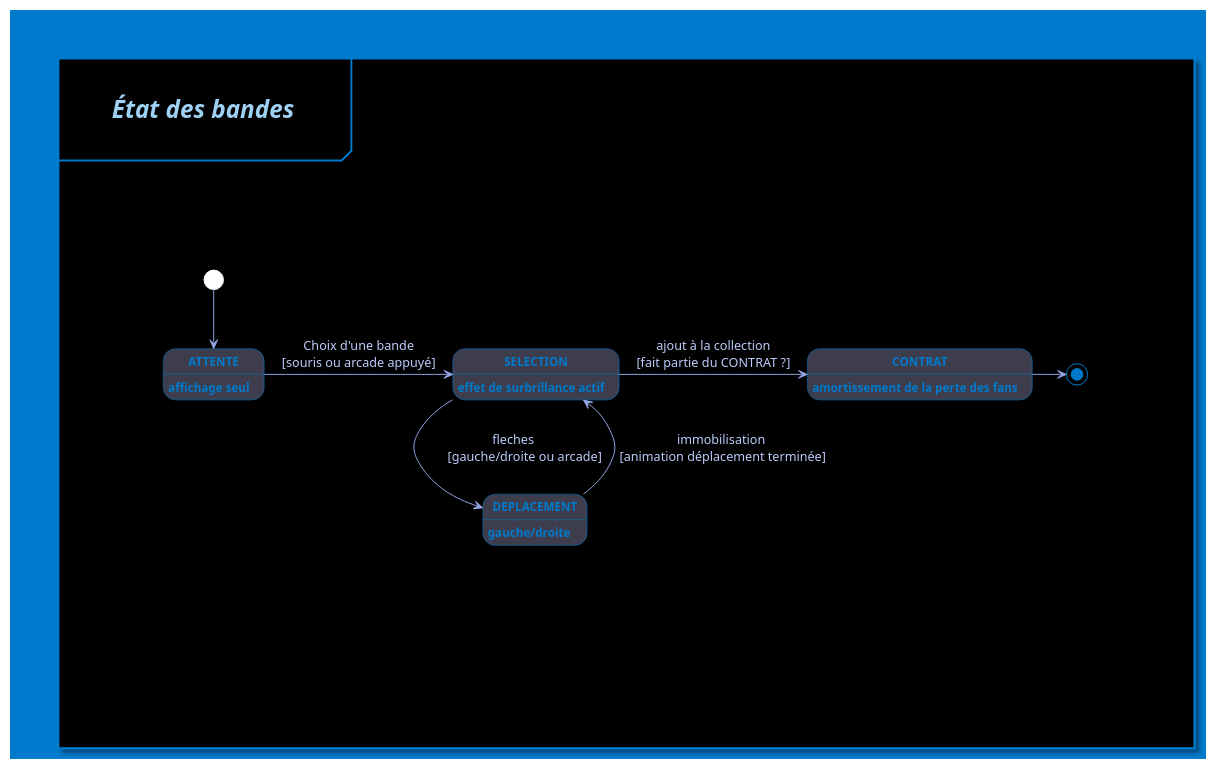
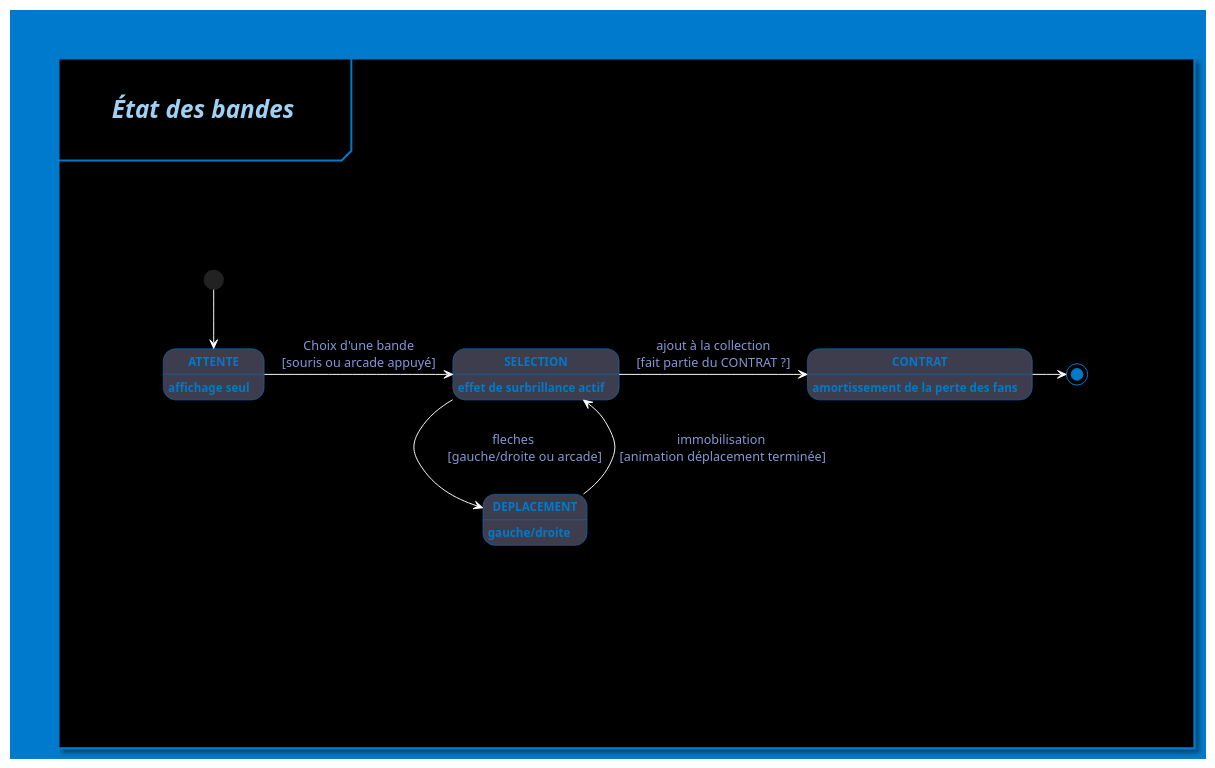
One commit to MaiveCL/Projet_session_JV changed the diagram in docs/uml/puml/BandesStateDiagram.puml. Above: the diagram before and after it, drawn with PlantUML.

Commit message:
test plant uml automatisation pour la 112e fois

```diff
--- a/docs/uml/puml/BandesStateDiagram.puml
+++ b/docs/uml/puml/BandesStateDiagram.puml
@@ -1,46 +1,61 @@
 @startuml "État des bandes"
 ' Définir le style global
 skinparam {
-    backgroundColor 007acc
+    backgroundColor 007accff
+    ' #92cc00ff
     shadowing true
+    ' oui
     FontName "Consolas"
-    ArrowColor 94a7e7ff
-    ArrowFontColor bdcbfbff
-    StartColor 007acc
-    EndColor bdcbfb
+    ArrowColor ffffffff
+    ' #ffffffff
+    ArrowFontColor 8598d6ff
+    ' #8598d6ff
+    StartColor ff02c4ff
+    ' #ff02c4ff
+    EndColor ff02c4
+    ' #ff02c4
 }
 ' Style pour les states
 skinparam state {
     BackgroundColor 3e3e4eff
+    ' #3e3e4eff
     fontColor 007acc
+    ' #007acc
     BorderColor 007acc
+    ' #007acc
     FontName "Consolas"
     FontSize 12
     FontStyle bold
 }
 <style>
 mainframe {
   LineColor 007acc
+  ' #007acc
   LineThickness 2.0
   FontColor 9ed1f3ff
+  ' #9ed1f3ff
   FontSize 25
   FontStyle italic
+  ' non
   Margin 50
+  ' non
   Padding 100
-  backgroundColor black
+  ' non
+  backgroundColor 000000ff
+  ' #000000
 }
 </style>
 mainframe \n\t**État des bandes**\t\n
 
     state ATTENTE : affichage seul
     state SELECTION : effet de surbrillance actif
     state DEPLACEMENT : gauche/droite
     state CONTRAT : amortissement de la perte des fans
 
-    [*] #White --> ATTENTE
+    [*] --> ATTENTE
     ATTENTE -> SELECTION : Choix d'une bande\n[souris ou arcade appuyé]
     SELECTION -> DEPLACEMENT : fleches\n\t[gauche/droite ou arcade]\t
     DEPLACEMENT --> SELECTION :immobilisation\n [animation déplacement terminée]
     SELECTION -> CONTRAT :ajout à la collection\n[fait partie du CONTRAT ?]
     CONTRAT -> [*] #007acc
 @enduml
```
